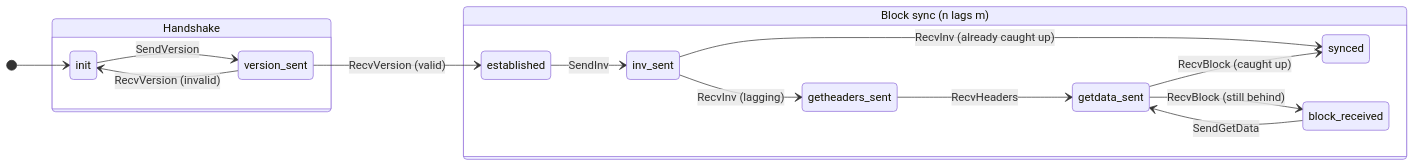
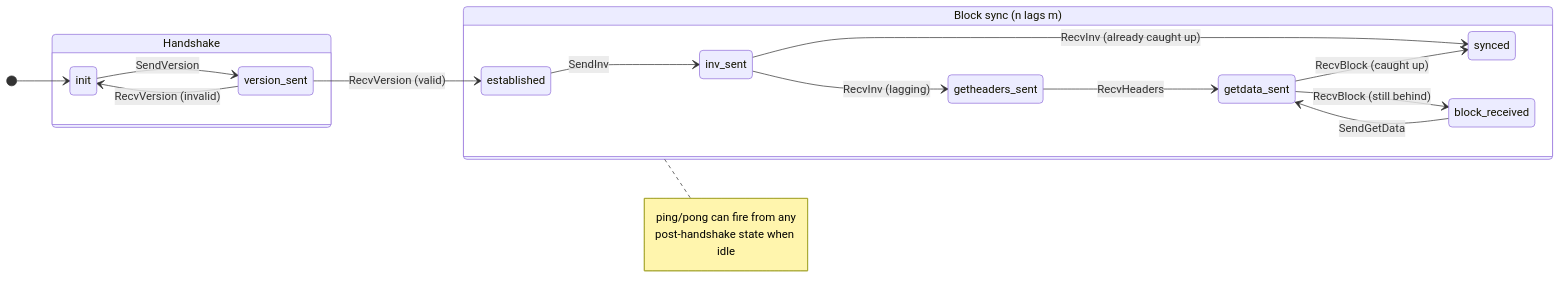
One commit to oxarbitrage/zcash-p2p-spec changed the diagram in README.md. Above: the diagram before and after it, drawn with Mermaid. The commit also changed other lines of this file and 4 other files, not shown here.

````diff
--- a/README.md
+++ b/README.md
@@ -22,23 +24,28 @@
 ```mermaid
 stateDiagram-v2
     direction LR
 
     [*] --> init
 
     init --> version_sent : SendVersion
 
     state "Handshake" as hs {
         version_sent --> established : RecvVersion (valid)
         version_sent --> init : RecvVersion (invalid)
     }
 
     state "Block sync (n lags m)" as sync {
         established --> inv_sent : SendInv
         inv_sent --> synced : RecvInv (already caught up)
         inv_sent --> getheaders_sent : RecvInv (lagging)
         getheaders_sent --> getdata_sent : RecvHeaders
         getdata_sent --> block_received : RecvBlock (still behind)
         block_received --> getdata_sent : SendGetData
         getdata_sent --> synced : RecvBlock (caught up)
     }
+
+    note right of sync
+        ping/pong can fire from any
+        post-handshake state when idle
+    end note
 ```
````
